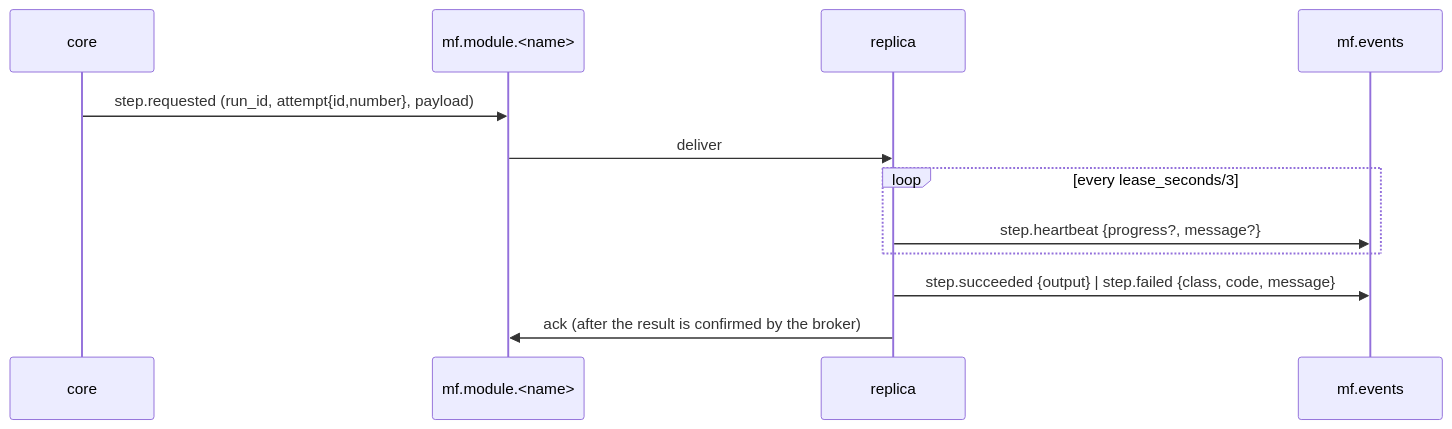
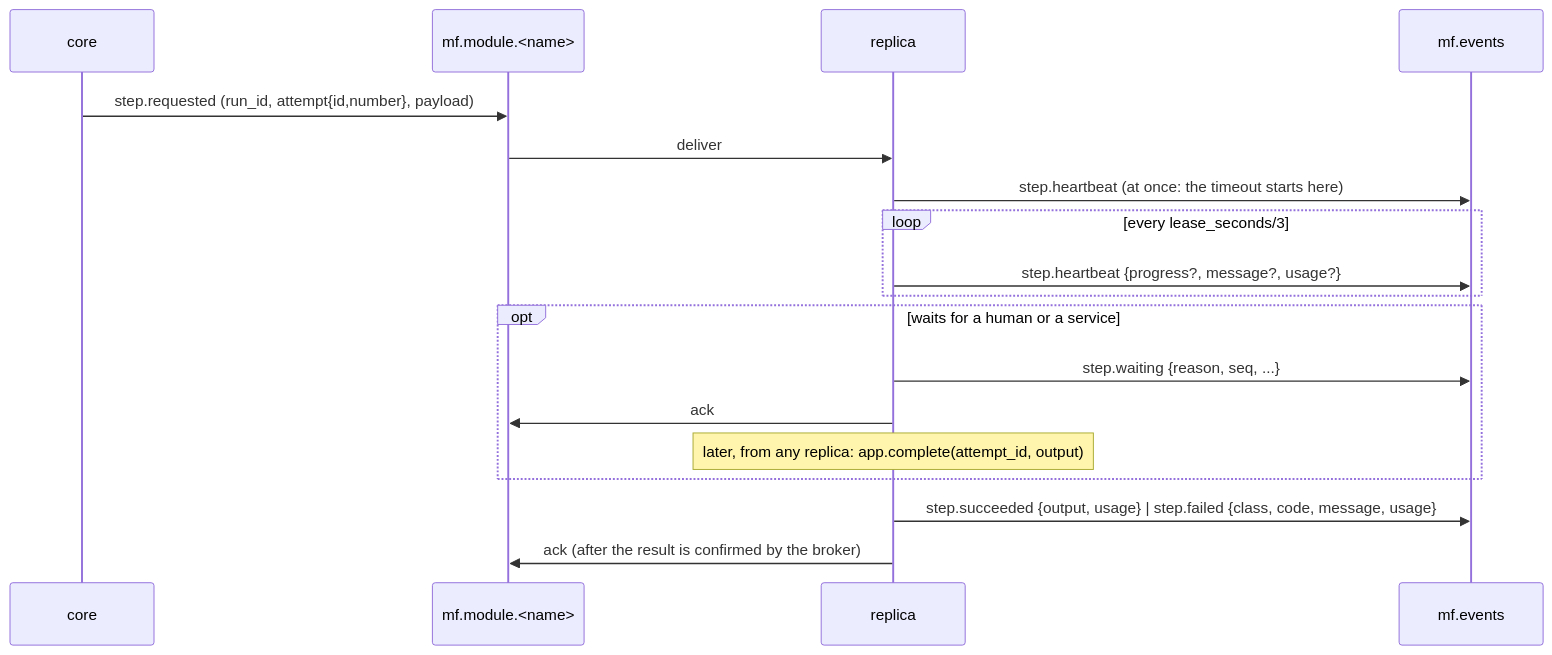
One commit to t1menar/manufacture-core changed the diagram in docs/messaging.md. Above: the diagram before and after it, drawn with Mermaid. The commit also changed other lines of this file and 12 other files, not shown here.

````diff
--- a/docs/messaging.md
+++ b/docs/messaging.md
@@ -64,14 +69,20 @@
 ```mermaid
 sequenceDiagram
   participant C as core
   participant Q as mf.module.<name>
   participant M as replica
   participant E as mf.events
   C->>Q: step.requested (run_id, attempt{id,number}, payload)
   Q->>M: deliver
+  M->>E: step.heartbeat (at once: the timeout starts here)
   loop every lease_seconds/3
-    M->>E: step.heartbeat {progress?, message?}
+    M->>E: step.heartbeat {progress?, message?, usage?}
   end
-  M->>E: step.succeeded {output} | step.failed {class, code, message}
+  opt waits for a human or a service
+    M->>E: step.waiting {reason, seq, ...}
+    M->>Q: ack
+    Note over M: later, from any replica: app.complete(attempt_id, output)
+  end
+  M->>E: step.succeeded {output, usage} | step.failed {class, code, message, usage}
   M->>Q: ack (after the result is confirmed by the broker)
 ```
````
